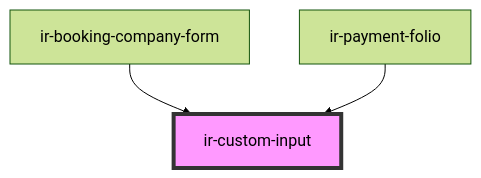
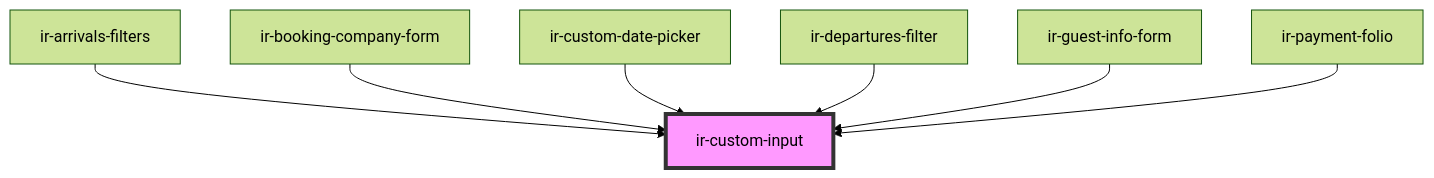
Before and after one commit to David1Chowaifaty/modified-ir-webcmp: the diagram in src/components/ui/ir-custom-input/readme.md, drawn with Mermaid (forest theme). The commit also changed other lines of this file and 77 other files, not shown here.

````diff
--- a/src/components/ui/ir-custom-input/readme.md
+++ b/src/components/ui/ir-custom-input/readme.md
@@ -63,6 +67,10 @@
 ```mermaid
 graph TD;
+  ir-arrivals-filters --> ir-custom-input
   ir-booking-company-form --> ir-custom-input
+  ir-custom-date-picker --> ir-custom-input
+  ir-departures-filter --> ir-custom-input
+  ir-guest-info-form --> ir-custom-input
   ir-payment-folio --> ir-custom-input
   style ir-custom-input fill:#f9f,stroke:#333,stroke-width:4px
 ```
````
